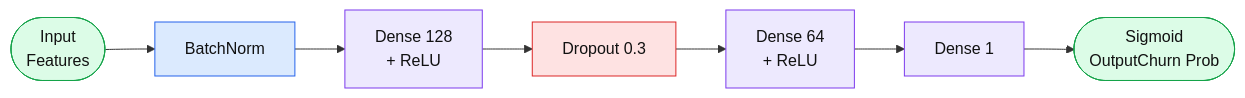
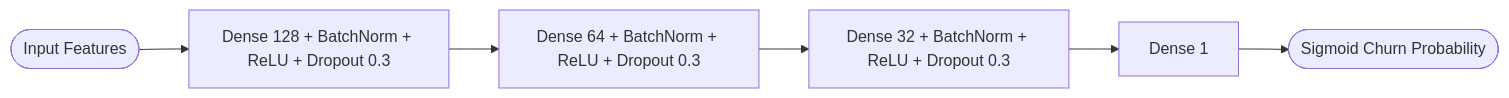
Before and after one commit to Henry3151/Churn_Prediction_Advanced_Models_Optimized: the third of 3 diagrams in README.md, drawn with Mermaid. The commit also changed other lines of this file and 9 other files, not shown here.

````diff
--- a/README.md
+++ b/README.md
@@ -200,17 +166,8 @@
 ```mermaid
 graph LR
-    IN([Input\nFeatures]) --> BN[BatchNorm]
-    BN --> D1[Dense 128\n+ ReLU]
-    D1 --> DR[Dropout 0.3]
-    DR --> D2[Dense 64\n+ ReLU]
-    D2 --> D3[Dense 1]
-    D3 --> SIG([Sigmoid\nOutputChurn Prob])
-
-    style IN fill:#dcfce7,stroke:#16a34a,color:#111111
-    style SIG fill:#dcfce7,stroke:#16a34a,color:#111111
-    style BN fill:#dbeafe,stroke:#2563eb,color:#111111
-    style D1 fill:#ede9fe,stroke:#7c3aed,color:#111111
-    style DR fill:#fee2e2,stroke:#dc2626,color:#111111
-    style D2 fill:#ede9fe,stroke:#7c3aed,color:#111111
-    style D3 fill:#ede9fe,stroke:#7c3aed,color:#111111
+    IN([Input Features]) --> D1[Dense 128 + BatchNorm + ReLU + Dropout 0.3]
+    D1 --> D2[Dense 64 + BatchNorm + ReLU + Dropout 0.3]
+    D2 --> D3[Dense 32 + BatchNorm + ReLU + Dropout 0.3]
+    D3 --> OUT[Dense 1]
+    OUT --> SIG([Sigmoid Churn Probability])
 ```
````
